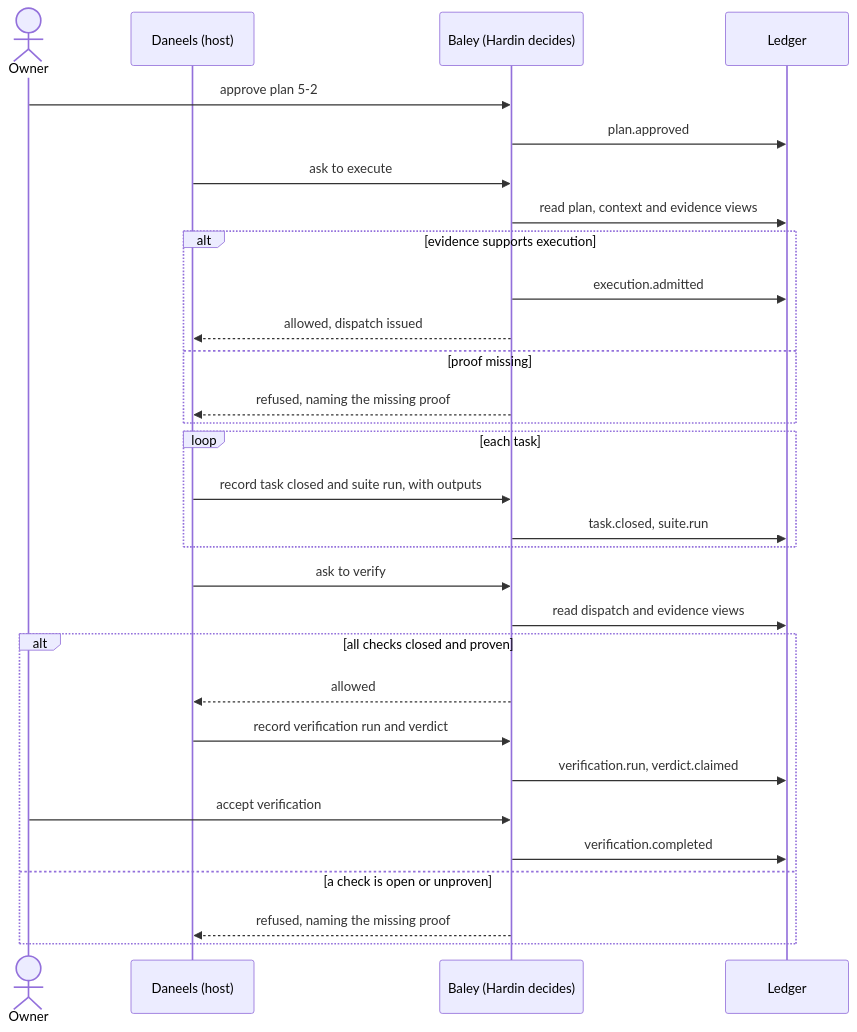
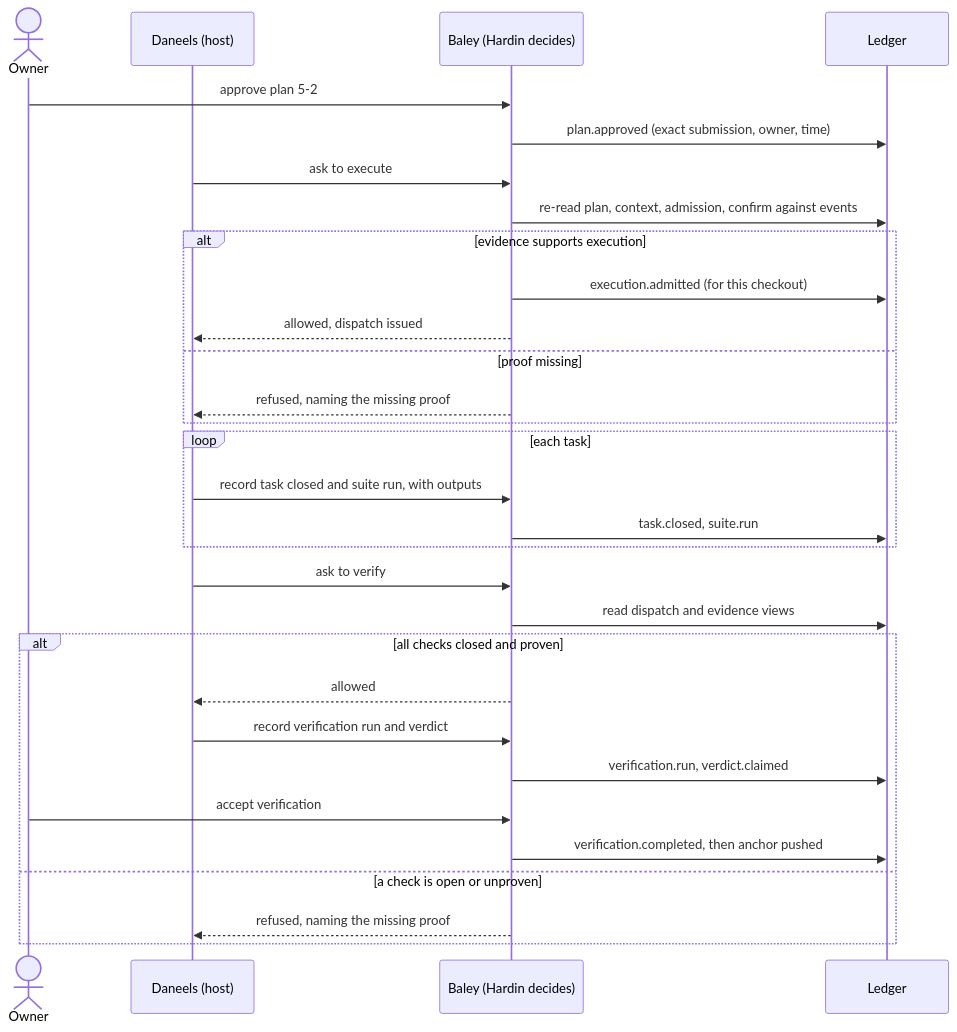
The tenth of 10 diagrams in docs/design/0001-evidence-ledger.md (crenshawdev/baley), drawn with Mermaid before and after one commit. The commit also changed other lines of this file and 1 other file, not shown here.

First line of the commit message:
docs(design): answer the adversarial review of the evidence ledger

````diff
--- a/docs/design/0001-evidence-ledger.md
+++ b/docs/design/0001-evidence-ledger.md
@@ -578,32 +697,32 @@
 ```mermaid
 sequenceDiagram
   actor O as Owner
   participant D as Daneels (host)
   participant B as Baley (Hardin decides)
   participant L as Ledger
   O->>B: approve plan 5-2
-  B->>L: plan.approved
+  B->>L: plan.approved (exact submission, owner, time)
   D->>B: ask to execute
-  B->>L: read plan, context and evidence views
+  B->>L: re-read plan, context, admission, confirm against events
   alt evidence supports execution
-    B->>L: execution.admitted
+    B->>L: execution.admitted (for this checkout)
     B-->>D: allowed, dispatch issued
   else proof missing
     B-->>D: refused, naming the missing proof
   end
   loop each task
     D->>B: record task closed and suite run, with outputs
     B->>L: task.closed, suite.run
   end
   D->>B: ask to verify
   B->>L: read dispatch and evidence views
   alt all checks closed and proven
     B-->>D: allowed
     D->>B: record verification run and verdict
     B->>L: verification.run, verdict.claimed
     O->>B: accept verification
-    B->>L: verification.completed
+    B->>L: verification.completed, then anchor pushed
   else a check is open or unproven
     B-->>D: refused, naming the missing proof
   end
 ```
````
